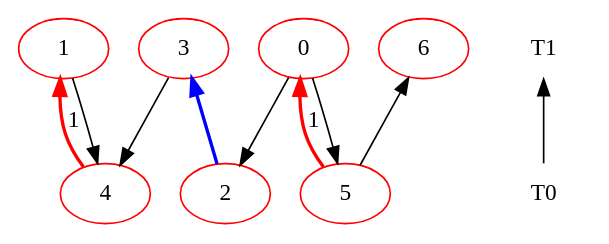
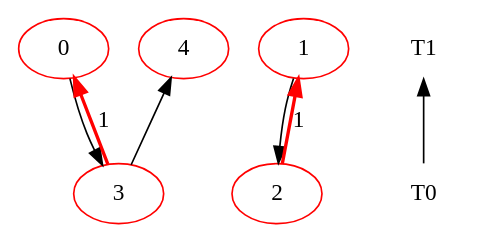
Before and after one commit to MPSLab-ASU/CCF-20.04: the diagram in benchmarks/math/CGRAExec/L2/Success_MS_DFG.dot, drawn with Graphviz. The commit also changed 99 other files, not shown here.

```diff
--- a/benchmarks/math/CGRAExec/L2/Success_MS_DFG.dot
+++ b/benchmarks/math/CGRAExec/L2/Success_MS_DFG.dot
@@ -1,40 +1,33 @@
 digraph Success_MS_ { 
 {
 0 [color=red ];
 
 1 [color=red ];
 
 2 [color=red ];
 
 3 [color=red ];
 
 4 [color=red ];
-
-5 [color=red ];
-
-6 [color=red ];
-5 -> 0 [style=bold, color=red, label=1] 
-4 -> 1 [style=bold, color=red, label=1] 
-0 -> 2
-2 -> 3 [style=bold, color=blue ]
+3 -> 0 [style=bold, color=red, label=1] 
+2 -> 1 [style=bold, color=red, label=1] 
+1 -> 2
+0 -> 3
 3 -> 4
-1 -> 4
-0 -> 5
-5 -> 6
 
 }
 
 {
  node [shape=plaintext]; 
  T0  -> T1;
 }{ rank = same; 
-2; 4; 5; T0;
+2; 3; T0;
  }; 
 { rank = same; 
-0; 1; 3; 6; T1;
+0; 1; 4; T1;
  }; 
 { rank = same; 
 
  }; 
 
 }
```
